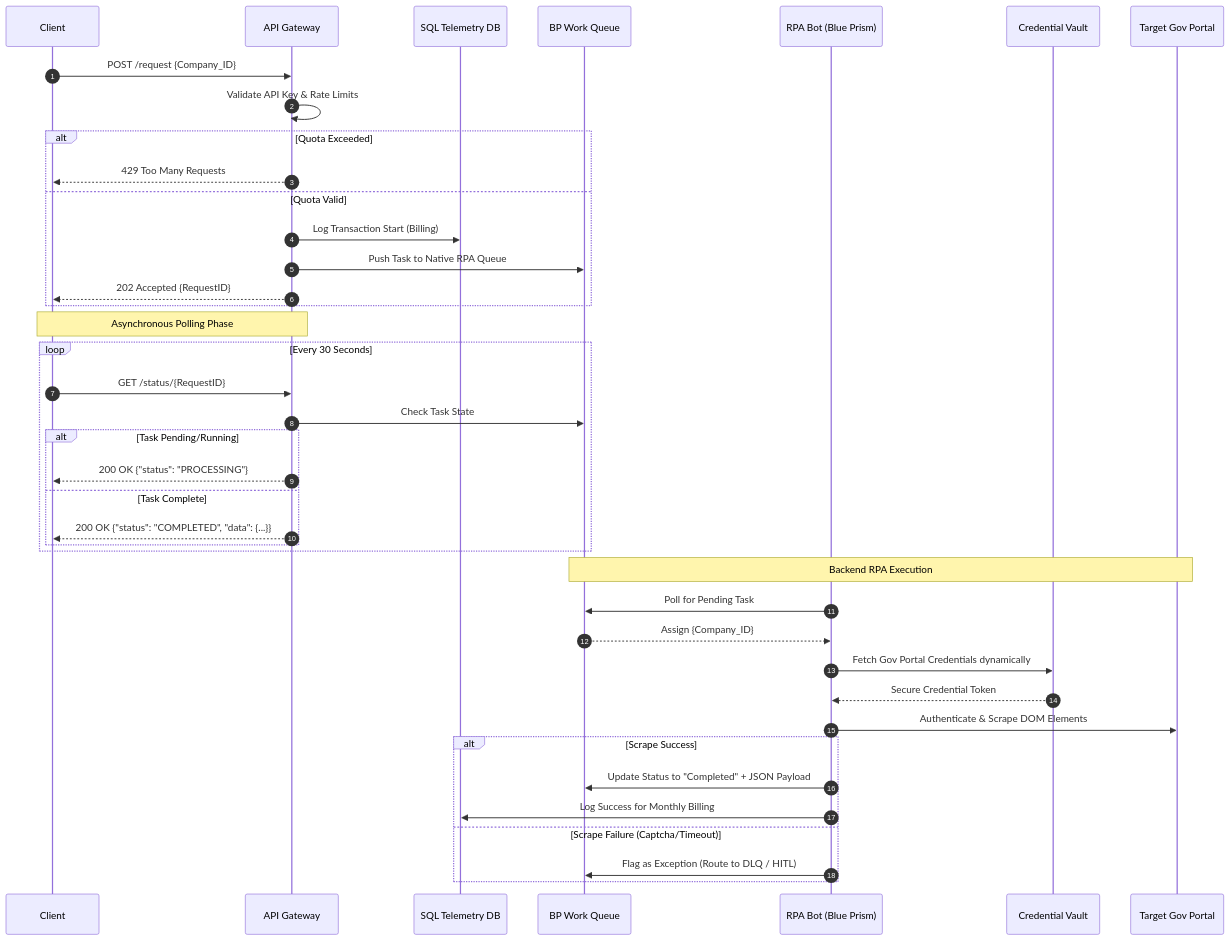
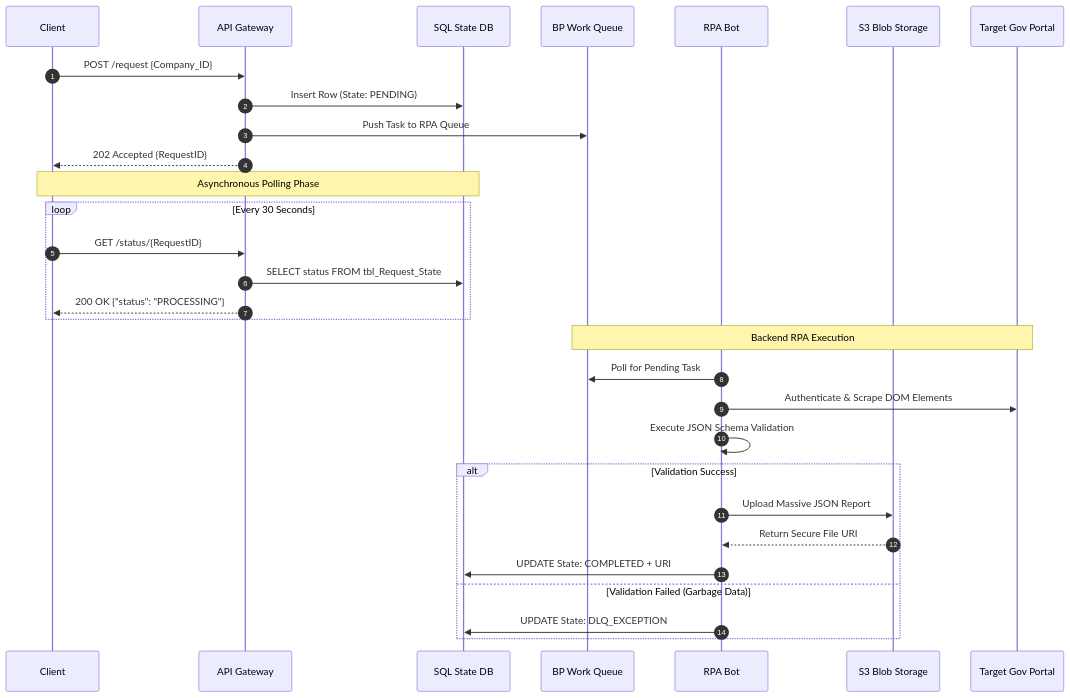
One commit to Mohammed-Alrawaf/System-Architecture-Dojo changed the diagram in Scenarioes/Hyperautomation-and-RPA/02-Tech-Blueprint.md. Above: the diagram before and after it, drawn with Mermaid. The commit also changed other lines of this file, not shown here.

````diff
--- a/Scenarioes/Hyperautomation-and-RPA/02-Tech-Blueprint.md
+++ b/Scenarioes/Hyperautomation-and-RPA/02-Tech-Blueprint.md
@@ -6,47 +11,36 @@
 ```mermaid
 sequenceDiagram
     autonumber
     participant Client
     participant Gateway as API Gateway
-    participant DB as SQL Telemetry DB
+    participant DB as SQL State DB
     participant Queue as BP Work Queue
-    participant Bot as RPA Bot (Blue Prism)
-    participant Vault as Credential Vault
+    participant Bot as RPA Bot
+    participant Blob as S3 Blob Storage
     participant Gov as Target Gov Portal
 
     Client->>Gateway: POST /request {Company_ID}
-    Gateway->>Gateway: Validate API Key & Rate Limits
-    
-    alt Quota Exceeded
-        Gateway-->>Client: 429 Too Many Requests
-    else Quota Valid
-        Gateway->>DB: Log Transaction Start (Billing)
-        Gateway->>Queue: Push Task to Native RPA Queue
-        Gateway-->>Client: 202 Accepted {RequestID}
-    end
+    Gateway->>DB: Insert Row (State: PENDING)
+    Gateway->>Queue: Push Task to RPA Queue
+    Gateway-->>Client: 202 Accepted {RequestID}
 
-    Note over Client, Gateway: Asynchronous Polling Phase
+    Note over Client, DB: Asynchronous Polling Phase
     loop Every 30 Seconds
         Client->>Gateway: GET /status/{RequestID}
-        Gateway->>Queue: Check Task State
-        alt Task Pending/Running
-            Gateway-->>Client: 200 OK {"status": "PROCESSING"}
-        else Task Complete
-            Gateway-->>Client: 200 OK {"status": "COMPLETED", "data": {...}}
-        end
+        Gateway->>DB: SELECT status FROM tbl_Request_State
+        Gateway-->>Client: 200 OK {"status": "PROCESSING"}
     end
 
     Note over Queue, Gov: Backend RPA Execution
     Bot->>Queue: Poll for Pending Task
-    Queue-->>Bot: Assign {Company_ID}
-    Bot->>Vault: Fetch Gov Portal Credentials dynamically
-    Vault-->>Bot: Secure Credential Token
     Bot->>Gov: Authenticate & Scrape DOM Elements
+    Bot->>Bot: Execute JSON Schema Validation
     
-    alt Scrape Success
-        Bot->>Queue: Update Status to "Completed" + JSON Payload
-        Bot->>DB: Log Success for Monthly Billing
-    else Scrape Failure (Captcha/Timeout)
-        Bot->>Queue: Flag as Exception (Route to DLQ / HITL)
+    alt Validation Success
+        Bot->>Blob: Upload Massive JSON Report
+        Blob-->>Bot: Return Secure File URI
+        Bot->>DB: UPDATE State: COMPLETED + URI
+    else Validation Failed (Garbage Data)
+        Bot->>DB: UPDATE State: DLQ_EXCEPTION
     end
 ```
````
